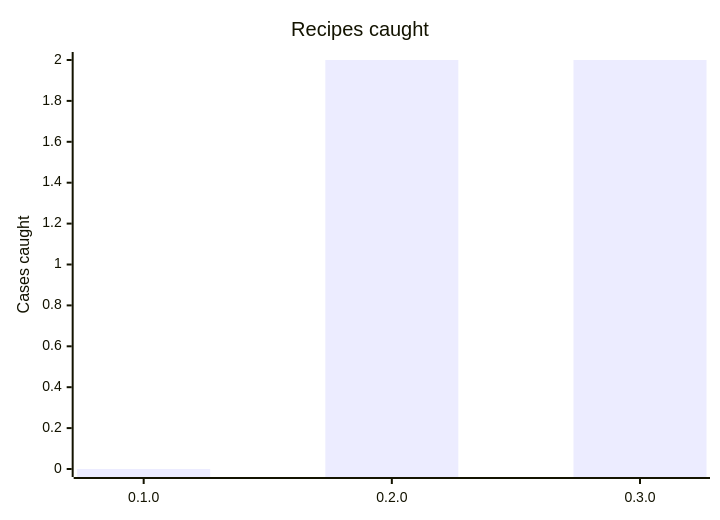
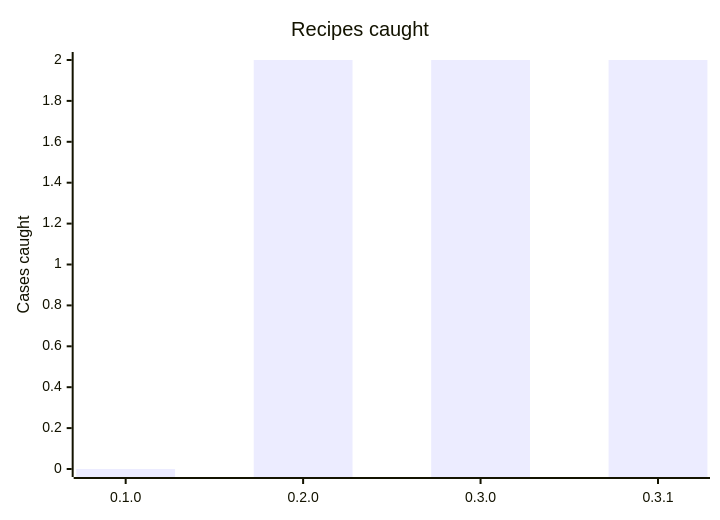
The first of 2 diagrams in BENCHMARK.md (raframil/uninvent), drawn with Mermaid before and after one commit. The commit also changed other lines of this file and 1 other file, not shown here.

````diff
--- a/BENCHMARK.md
+++ b/BENCHMARK.md
@@ -45,7 +58,7 @@
 ```mermaid
 xychart-beta
     title "Recipes caught"
-    x-axis ["0.1.0", "0.2.0", "0.3.0"]
+    x-axis ["0.1.0", "0.2.0", "0.3.0", "0.3.1"]
     y-axis "Cases caught" 0 --> 2
-    bar [0, 2, 2]
+    bar [0, 2, 2, 2]
 ```
````
